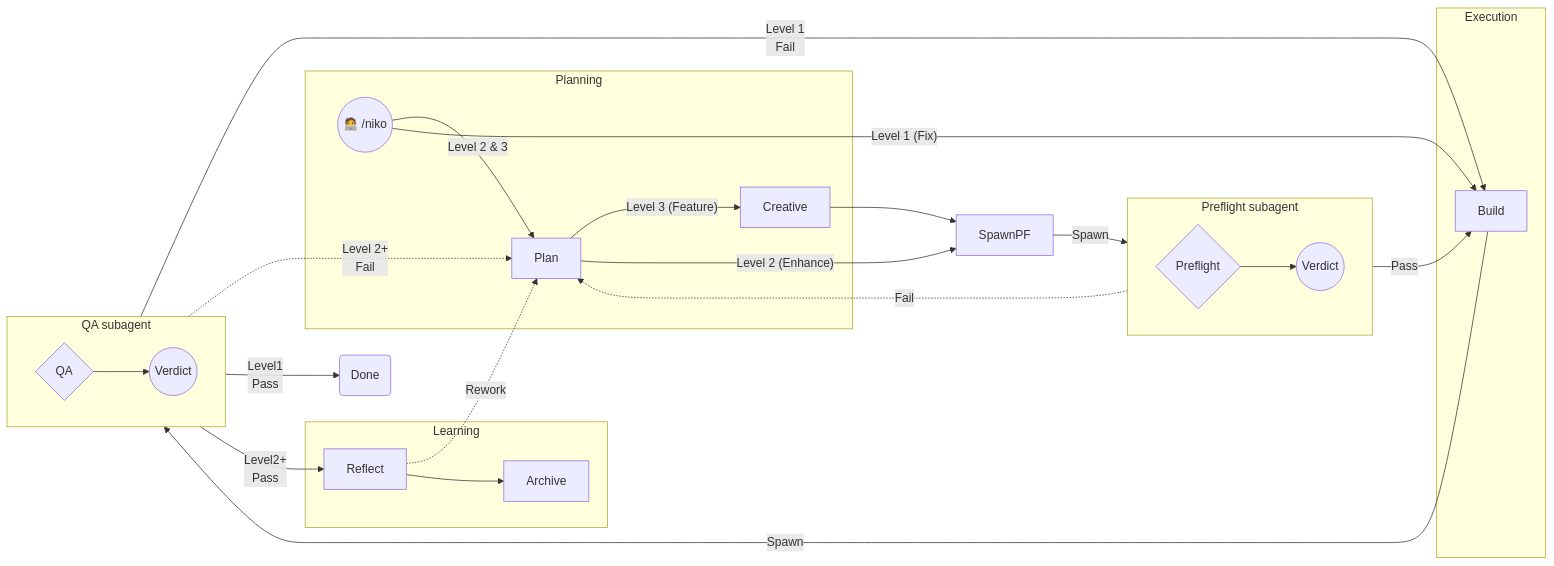
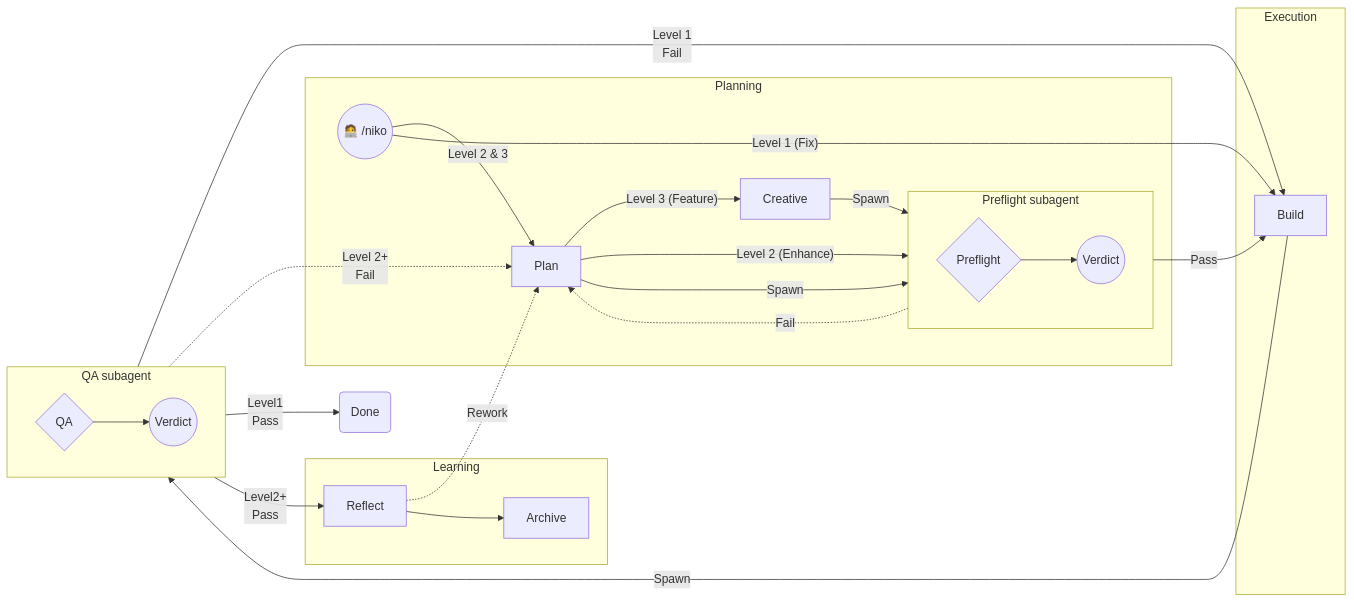
One commit to Texarkanine/.cursor-rules changed the sixth of 7 diagrams in memory-bank/active/creative/creative-verification-diagrams-review.md. Above: the diagram before and after it, drawn with Mermaid. The commit also changed other lines of this file and 1 other file, not shown here.

Commit message:
chore: nest README long preflight under Planning; pin creative-subagent

````diff
--- a/memory-bank/active/creative/creative-verification-diagrams-review.md
+++ b/memory-bank/active/creative/creative-verification-diagrams-review.md
@@ -159,45 +161,44 @@
 ```mermaid
 flowchart LR
 	Niko(("🧑‍💻 /niko"))
-	Plan["Plan"]
-	Creative["Creative"]
 	Archive["Archive"]
 
 	subgraph Planning
+		Plan["Plan"]
+		Creative["Creative"]
 		Niko -- "Level 2 & 3" --> Plan
 		Plan -- "Level 3 (Feature)" --> Creative
+		Plan -- "Level 2 (Enhance)" --> PF
+		Creative --Spawn--> PF
+		Plan --Spawn--> PF
+		subgraph PFSA["Preflight subagent"]
+			direction LR
+			PF{"Preflight"} --> PFV(("Verdict"))
+		end
+		PFV -.->|"Fail"| Plan
 	end
 
 	Niko -- "Level 1 (Fix)" --> Build
-	Plan -- "Level 2 (Enhance)" --> SpawnPF
-	Creative --> SpawnPF
-
-	SpawnPF --Spawn--> PF
-	subgraph PFSA["Preflight subagent"]
-		direction LR
-		PF{"Preflight"} --> PFV(("Verdict"))
-	end
 	PFV -->|"Pass"| Build
-	PFV -.->|"Fail"| Plan
 
 	subgraph Execution
 		Build["Build"]
 	end
 
 	Build --Spawn--> QA
 	subgraph QASA["QA subagent"]
 		direction LR
 		QA{"QA"} --> QAV(("Verdict"))
 	end
 
 	QAV -->|"Level 1<br>Fail"| Build
 	QAV -.->|"Level 2+<br>Fail"| Plan
 	QAV -->|"Level1<br>Pass"| Done("Done")
 	QAV -->|"Level2+<br>Pass"| Reflect
 
 	subgraph Learning
 		Reflect["Reflect"]
 		Reflect -.->|"Rework"| Plan
 		Reflect --> Archive
 	end
 ```
````
